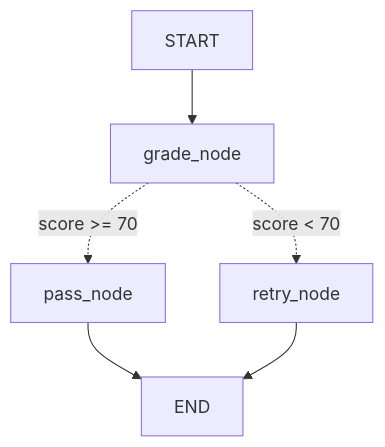
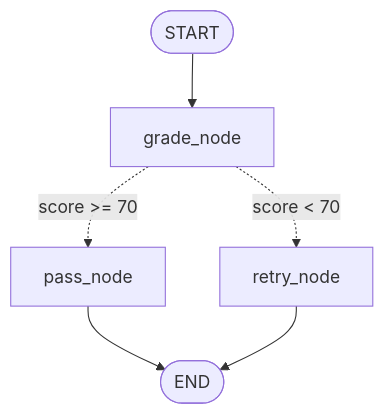
One commit to Walid-Ahmed/langgraph-tutorials changed the diagram in Conditional Edges/README.md. Above: the diagram before and after it, drawn with Mermaid. The commit also changed other lines of this file and 3 other files, not shown here.

Commit message:
Add graph plots to folder READMEs

````diff
--- a/Conditional Edges/README.md
+++ b/Conditional Edges/README.md
@@ -20,8 +20,8 @@
 ```mermaid
 flowchart TD
-    START --> GRADE["grade_node"]
-    GRADE -. score >= 70 .-> PASS["pass_node"]
-    GRADE -. score < 70 .-> RETRY["retry_node"]
-    PASS --> END
+    START([START]) --> GRADE["grade_node"]
+    GRADE -. "score >= 70" .-> PASS["pass_node"]
+    GRADE -. "score < 70" .-> RETRY["retry_node"]
+    PASS --> END([END])
     RETRY --> END
 ```
````
